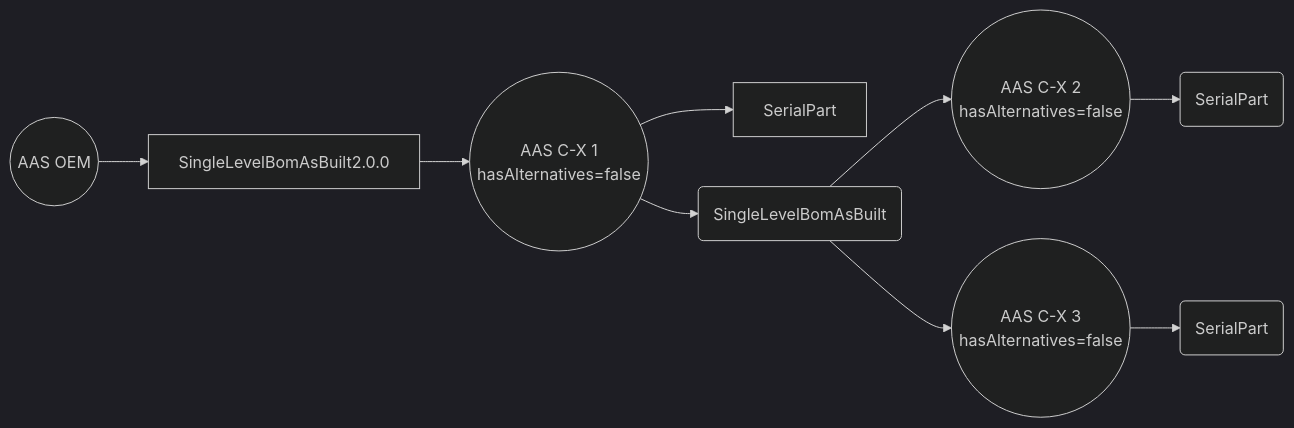
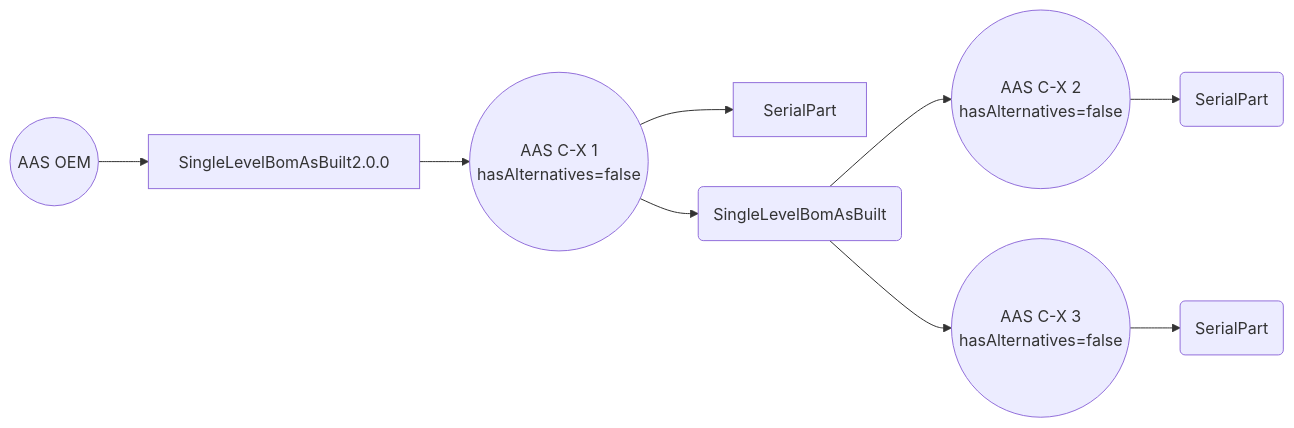
One commit to catenax-ng/tx-item-relationship-service changed the first of 3 diagrams in docs/concept/#212-Update-of-aspect-model-SingleLevelBomAsBuilt-2_0_0/#212-Update-SingleLevelBomAsBuilt-2-0-0.md. Above: the diagram before and after it, drawn with Mermaid. The commit also changed other lines of this file, not shown here.

Commit message:
docs(concept): Remove init mermaid from diagrams, formatting adjustments

````diff
--- a/docs/concept/#212-Update-of-aspect-model-SingleLevelBomAsBuilt-2_0_0/#212-Update-SingleLevelBomAsBuilt-2-0-0.md
+++ b/docs/concept/#212-Update-of-aspect-model-SingleLevelBomAsBuilt-2_0_0/#212-Update-SingleLevelBomAsBuilt-2-0-0.md
@@ -87,17 +87,16 @@
 ```mermaid
-%%{init: { 'fontFamily': 'Architects daughter', 'theme': 'dark' , 'curve' : 'linear'} }%%
 flowchart LR
     s1((AAS C-X 1 
         hasAlternatives=false))
     SingleLevelBomAsBuilt[SingleLevelBomAsBuilt2.0.0]
     aas((AAS OEM)) --> 
     SingleLevelBomAsBuilt --> s1
     s1 --> SerialPart
     s1 --> SingleLevelBomAsBuilt2
     SingleLevelBomAsBuilt2(SingleLevelBomAsBuilt) --> s4((AAS C-X 2
         hasAlternatives=false))
     s4 --> SerialPart3(SerialPart)
     SingleLevelBomAsBuilt2 --> s5((AAS C-X 3
         hasAlternatives=false))
     s5 --> SerialPart2(SerialPart)
 ```
````
